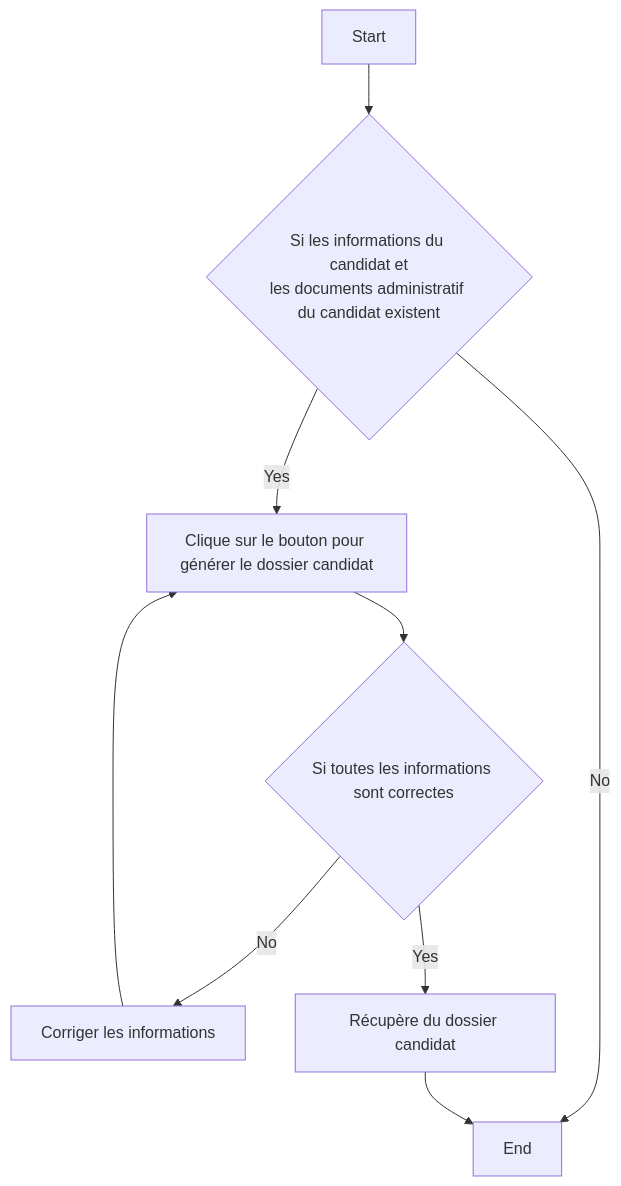
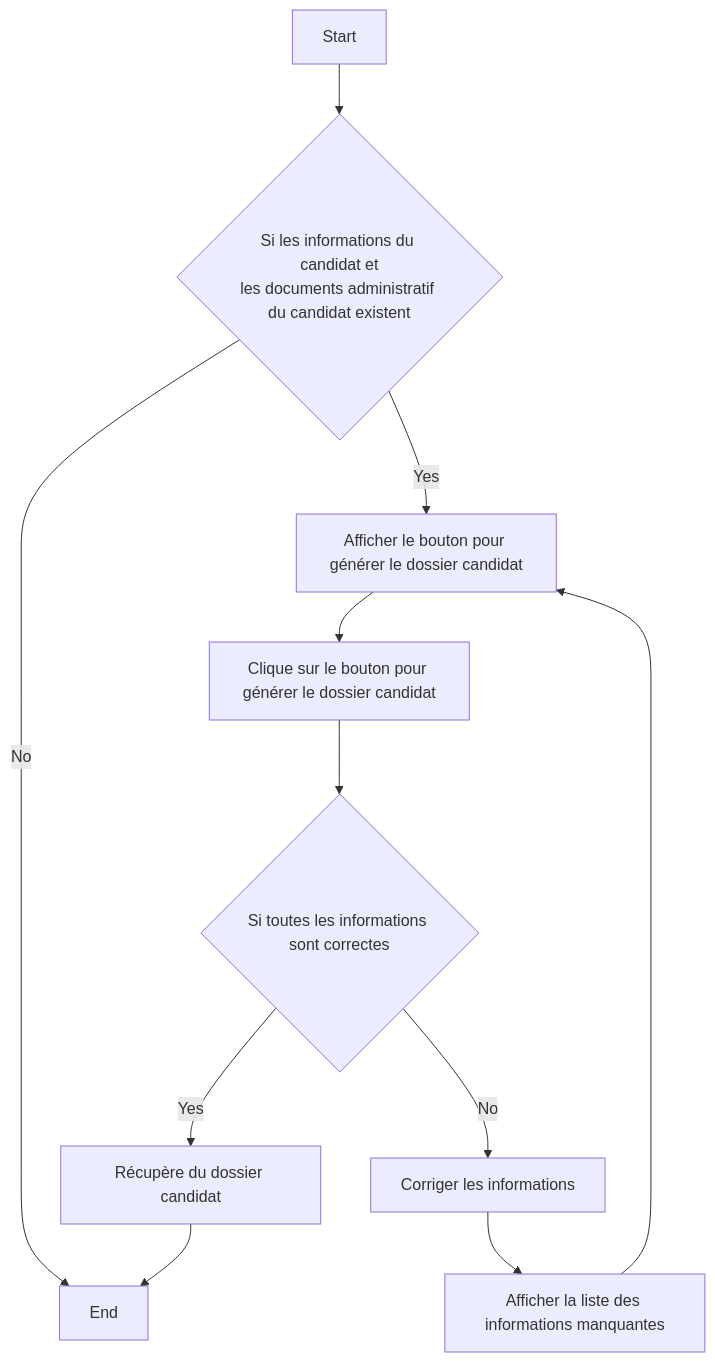
One commit to QuentinVdr/CompoMetier changed the fourth of 5 diagrams in README.md. Above: the diagram before and after it, drawn with Mermaid. The commit also changed other lines of this file, not shown here.

Commit message:
✨ Update README.md with candidate dossier creation sequence diagram

````diff
--- a/README.md
+++ b/README.md
@@ -89,11 +87,13 @@
 ```mermaid
 flowchart TD
     A[Start] --> B{Si les informations du candidat et\nles documents administratif du candidat existent}
     B -- No ----> C[End]
-    B -- Yes --> D[Clique sur le bouton pour générer le dossier candidat]
-    D --> E{Si toutes les informations sont correctes}
+    B -- Yes --> D[Afficher le bouton pour générer le dossier candidat]
+    D --> H[Clique sur le bouton pour générer le dossier candidat]
+    H --> E{Si toutes les informations sont correctes}
     E -- No --> F[Corriger les informations]
-    F --> D
+    F --> I[Afficher la liste des informations manquantes]
+    I --> D
     E -- Yes --> G[Récupère du dossier candidat]
     G --> C
 ```
````
